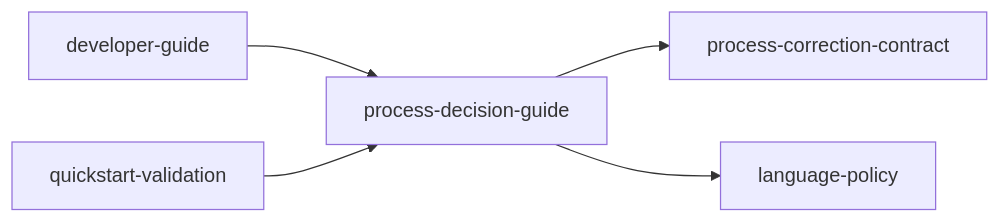
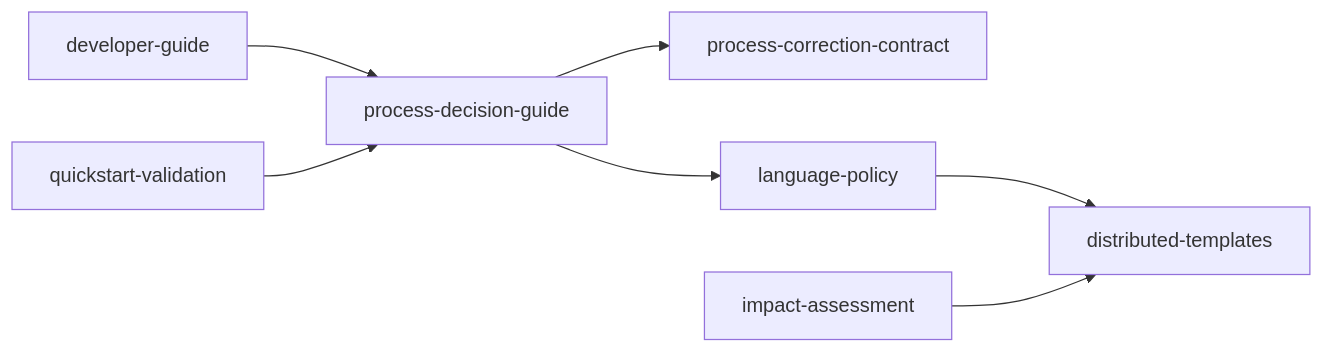
One commit to lrodriguesvpn/nimbus-code changed the first of 2 diagrams in specs/019-process-recovery-flow/graph.md. Above: the diagram before and after it, drawn with Mermaid. The commit also changed other lines of this file and 118 other files, not shown here.

````diff
--- a/specs/019-process-recovery-flow/graph.md
+++ b/specs/019-process-recovery-flow/graph.md
@@ -5,7 +5,9 @@
 ```mermaid
 graph LR
   DG[developer-guide] --> PDG[process-decision-guide]
   PDG --> PCC[process-correction-contract]
   PDG --> LP[language-policy]
+  LP --> DT[distributed-templates]
+  IA[impact-assessment] --> DT
   QV[quickstart-validation] --> PDG
 ```
````
